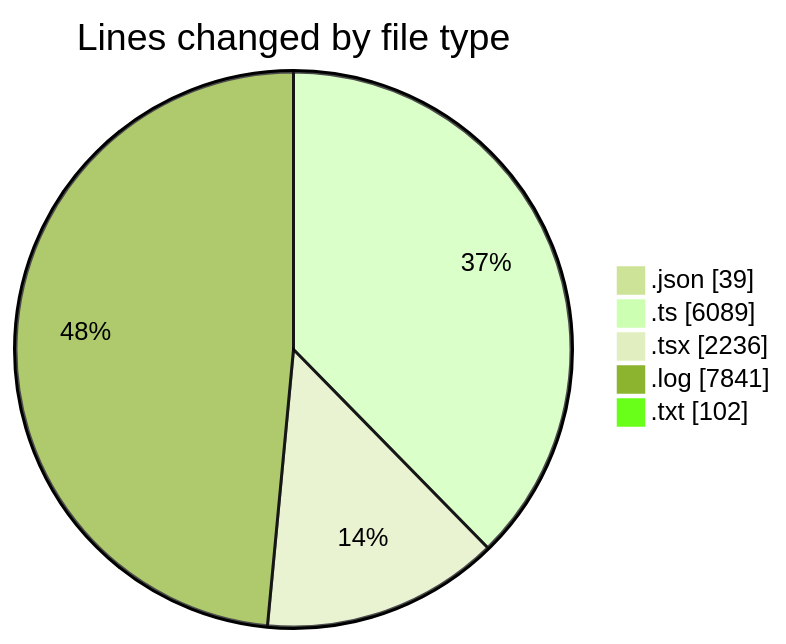
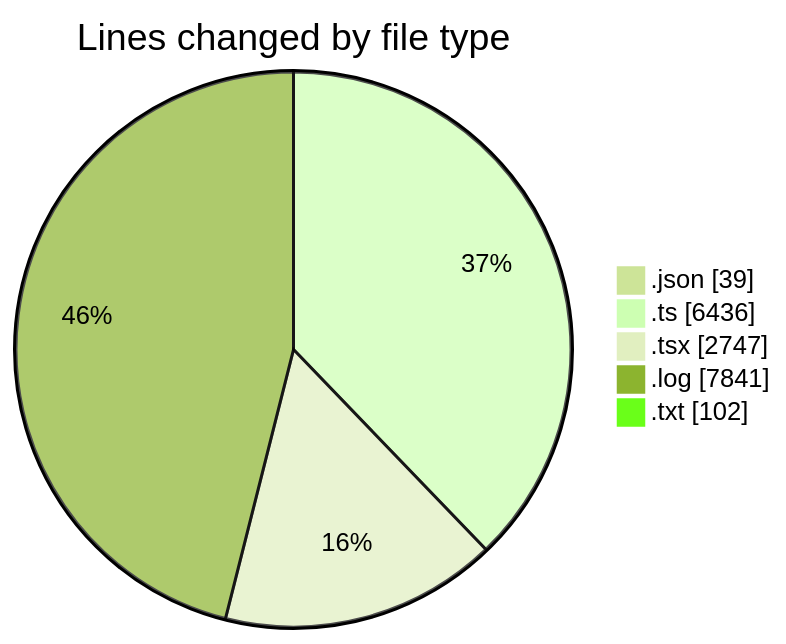
One commit to lephambinh05/code-tracking changed the first of 2 diagrams in 2025-09-13/napxuvn/README.md. Above: the diagram before and after it, drawn with Mermaid (forest theme). The commit also changed other lines of this file and 1 other file, not shown here.

````diff
--- a/2025-09-13/napxuvn/README.md
+++ b/2025-09-13/napxuvn/README.md
@@ -65,9 +71,9 @@
 ```mermaid
 pie showData
 title Lines changed by file type
 ".json" : 39
-".ts" : 6089
-".tsx" : 2236
+".ts" : 6436
+".tsx" : 2747
 ".log" : 7841
 ".txt" : 102
 ```
````
